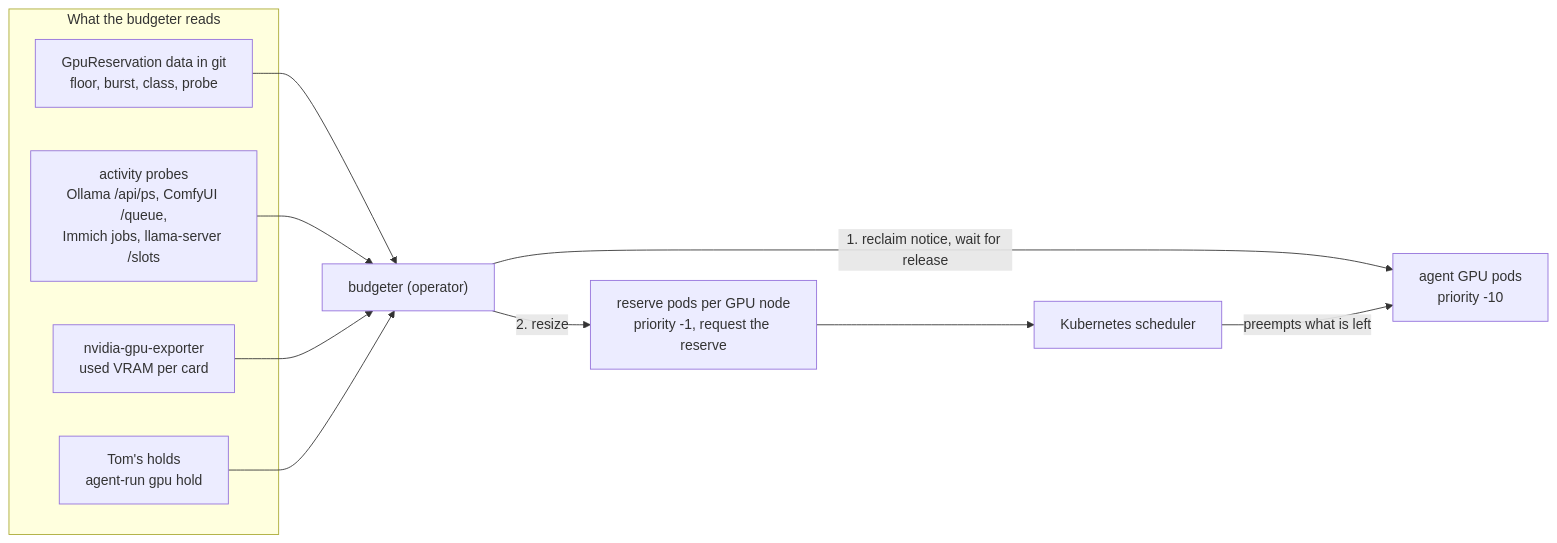
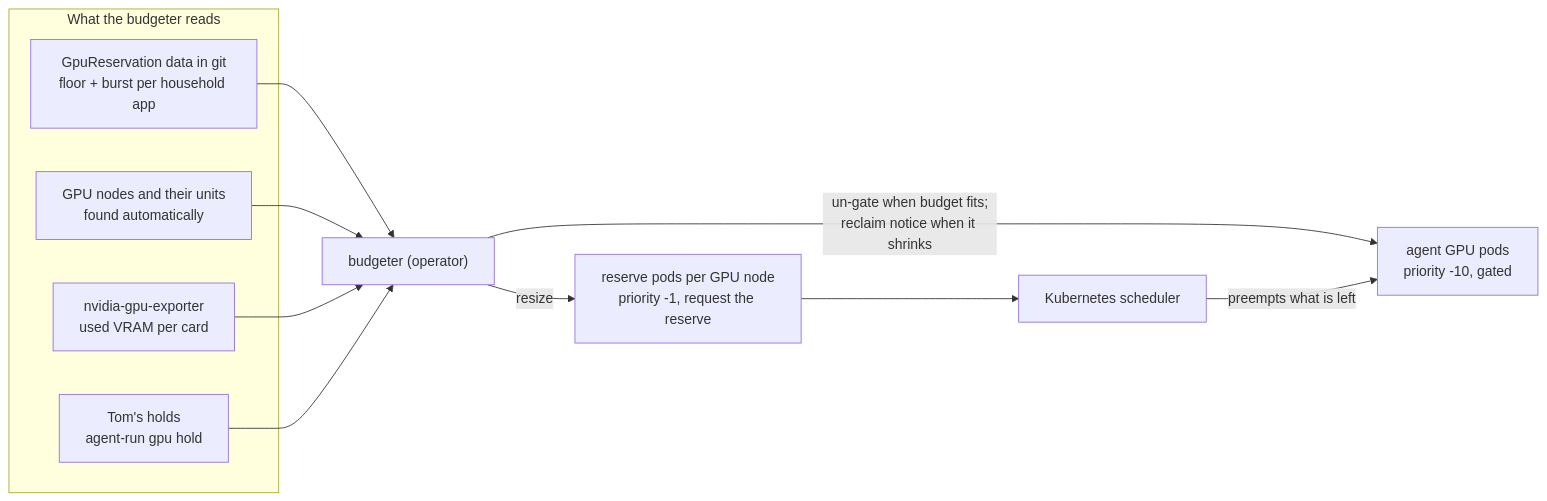
The fifth of 5 diagrams in .agents/sagas/distributed-dev-env/designs/001-dev-env-v2.md (thaynes43/dev-env), drawn with Mermaid before and after one commit. The commit also changed other lines of this file and 5 other files, not shown here.

````diff
--- a/.agents/sagas/distributed-dev-env/designs/001-dev-env-v2.md
+++ b/.agents/sagas/distributed-dev-env/designs/001-dev-env-v2.md
@@ -1483,18 +1487,18 @@
 ```mermaid
 flowchart LR
   subgraph inputs[What the budgeter reads]
-    decl["GpuReservation data in git<br/>floor, burst, class, probe"]
-    probe["activity probes<br/>Ollama /api/ps, ComfyUI /queue,<br/>Immich jobs, llama-server /slots"]
+    decl["GpuReservation data in git<br/>floor + burst per household app"]
+    cards["GPU nodes and their units<br/>found automatically"]
     live["nvidia-gpu-exporter<br/>used VRAM per card"]
     hold["Tom's holds<br/>agent-run gpu hold"]
   end
   bud["budgeter (operator)"]
   res["reserve pods per GPU node<br/>priority -1, request the reserve"]
   sched["Kubernetes scheduler"]
-  agents["agent GPU pods<br/>priority -10"]
-  decl & probe & live & hold --> bud
-  bud -->|"1. reclaim notice, wait for release"| agents
-  bud -->|"2. resize"| res
+  agents["agent GPU pods<br/>priority -10, gated"]
+  decl & cards & live & hold --> bud
+  bud -->|"un-gate when budget fits;<br/>reclaim notice when it shrinks"| agents
+  bud -->|"resize"| res
   res --> sched
   sched -->|"preempts what is left"| agents
 ```
````
